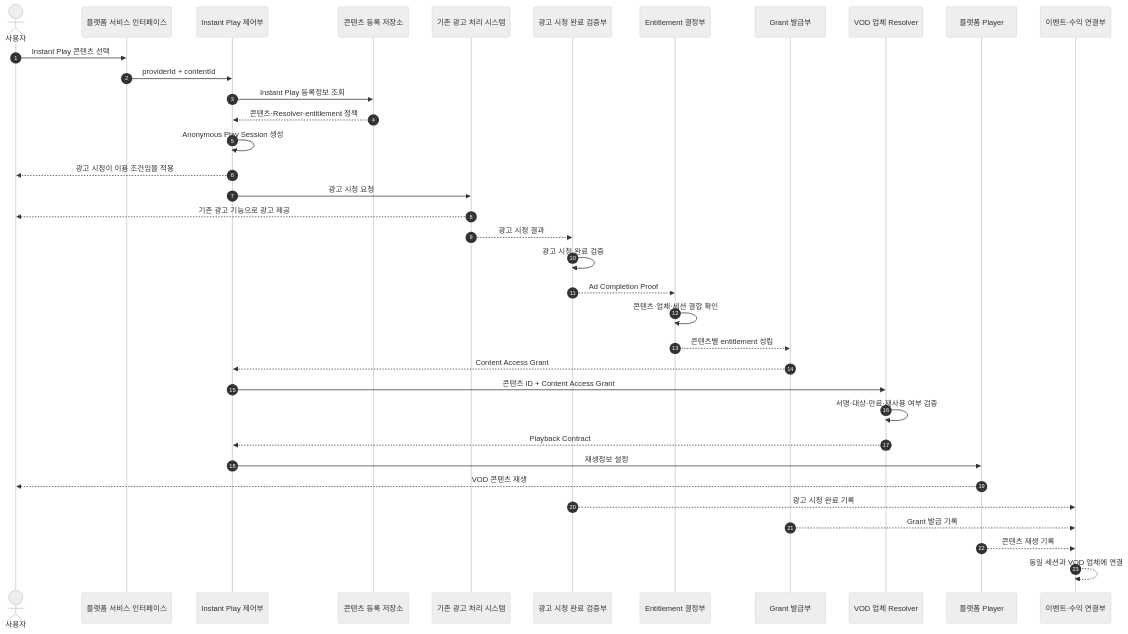
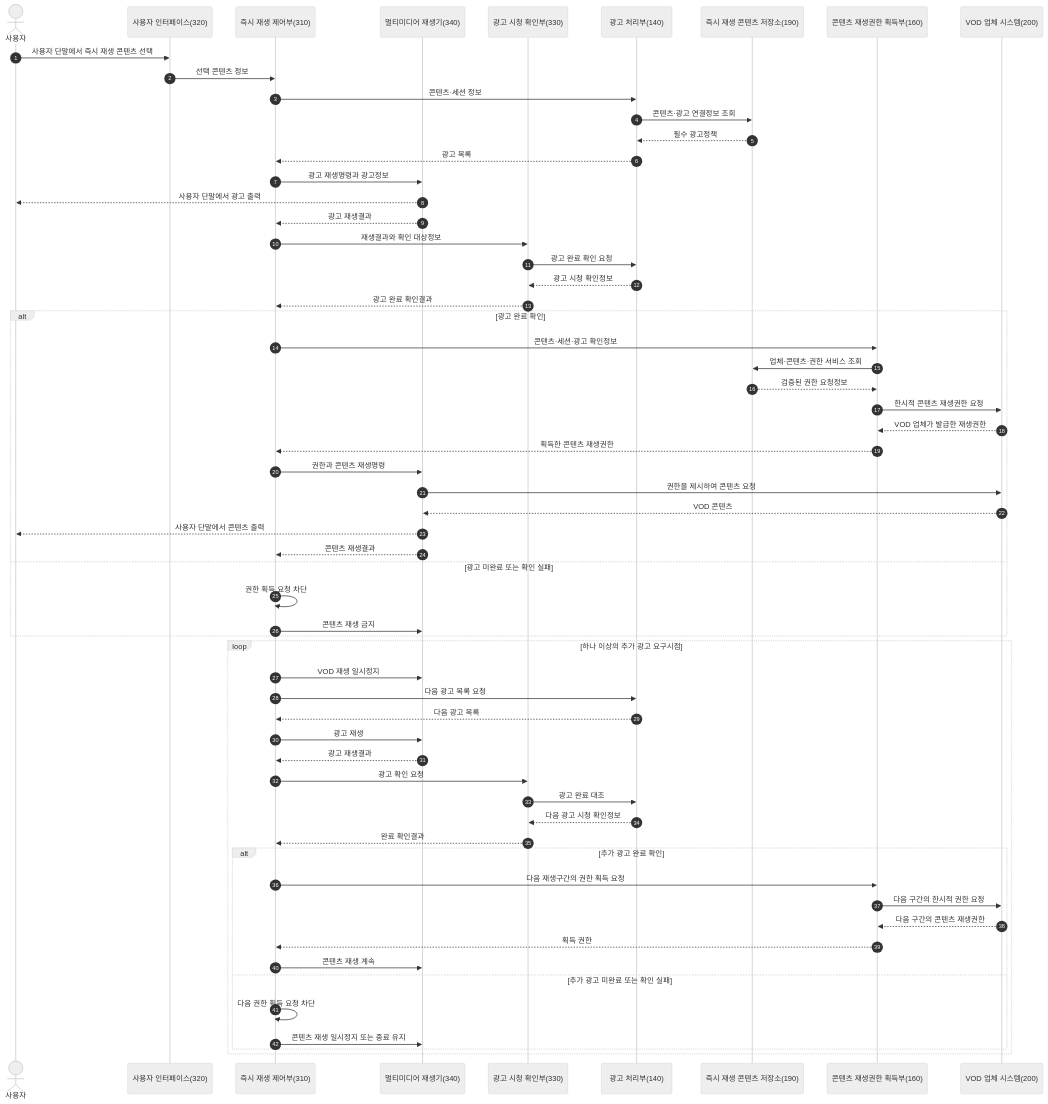
Before and after one commit to growdai1y/instant-play: the third of 4 diagrams in instant_play_platform.md, drawn with Mermaid (neutral theme). The commit also changed other lines of this file and 2 other files, not shown here.

Commit message:
Update InstantPlay patent documentation

```diff
--- a/instant_play_platform.md
+++ b/instant_play_platform.md
@@ -414,43 +797,66 @@
 ~~~mermaid
 sequenceDiagram
     autonumber
-    actor User as 사용자
-    participant UI as 플랫폼 서비스 인터페이스
-    participant Broker as Instant Play 제어부
-    participant Registry as 콘텐츠 등록 저장소
-    participant Ad as 기존 광고 처리 시스템
-    participant Verify as 광고 시청 완료 검증부
-    participant Entitlement as Entitlement 결정부
-    participant Grant as Grant 발급부
-    participant Resolver as VOD 업체 Resolver
-    participant Player as 플랫폼 Player
-    participant Ledger as 이벤트·수익 연결부
+    actor USER as 사용자
+    participant UI as 사용자 인터페이스(320)
+    participant CTRL as 즉시 재생 제어부(310)
+    participant PLAYER as 멀티미디어 재생기(340)
+    participant ADCHECK as 광고 시청 확인부(330)
+    participant ADPROC as 광고 처리부(140)
+    participant STORE as 즉시 재생 콘텐츠 저장소(190)
+    participant GRANT as 콘텐츠 재생권한 획득부(160)
+    participant VOD as VOD 업체 시스템(200)
 
-    User->>UI: Instant Play 콘텐츠 선택
-    UI->>Broker: providerId + contentId
-    Broker->>Registry: Instant Play 등록정보 조회
-    Registry-->>Broker: 콘텐츠·Resolver·entitlement 정책
-    Broker->>Broker: Anonymous Play Session 생성
+    USER->>UI: 사용자 단말에서 즉시 재생 콘텐츠 선택
+    UI->>CTRL: 선택 콘텐츠 정보
+    CTRL->>ADPROC: 콘텐츠·세션 정보
+    ADPROC->>STORE: 콘텐츠·광고 연결정보 조회
+    STORE-->>ADPROC: 필수 광고정책
+    ADPROC-->>CTRL: 광고 목록
+    CTRL->>PLAYER: 광고 재생명령과 광고정보
+    PLAYER-->>USER: 사용자 단말에서 광고 출력
+    PLAYER-->>CTRL: 광고 재생결과
+    CTRL->>ADCHECK: 재생결과와 확인 대상정보
+    ADCHECK->>ADPROC: 광고 완료 확인 요청
+    ADPROC-->>ADCHECK: 광고 시청 확인정보
+    ADCHECK-->>CTRL: 광고 완료 확인결과
 
-    Broker-->>User: 광고 시청이 이용 조건임을 적용
-    Broker->>Ad: 광고 시청 요청
-    Ad-->>User: 기존 광고 기능으로 광고 제공
-    Ad-->>Verify: 광고 시청 결과
-    Verify->>Verify: 광고 시청 완료 검증
-    Verify-->>Entitlement: Ad Completion Proof
+    alt 광고 완료 확인
+        CTRL->>GRANT: 콘텐츠·세션·광고 확인정보
+        GRANT->>STORE: 업체·콘텐츠·권한 서비스 조회
+        STORE-->>GRANT: 검증된 권한 요청정보
+        GRANT->>VOD: 한시적 콘텐츠 재생권한 요청
+        VOD-->>GRANT: VOD 업체가 발급한 재생권한
+        GRANT-->>CTRL: 획득한 콘텐츠 재생권한
+        CTRL->>PLAYER: 권한과 콘텐츠 재생명령
+        PLAYER->>VOD: 권한을 제시하여 콘텐츠 요청
+        VOD-->>PLAYER: VOD 콘텐츠
+        PLAYER-->>USER: 사용자 단말에서 콘텐츠 출력
+        PLAYER-->>CTRL: 콘텐츠 재생결과
+    else 광고 미완료 또는 확인 실패
+        CTRL->>CTRL: 권한 획득 요청 차단
+        CTRL->>PLAYER: 콘텐츠 재생 금지
+    end
 
-    Entitlement->>Entitlement: 콘텐츠·업체·세션 결합 확인
-    Entitlement-->>Grant: 콘텐츠별 entitlement 성립
-    Grant-->>Broker: Content Access Grant
-
-    Broker->>Resolver: 콘텐츠 ID + Content Access Grant
-    Resolver->>Resolver: 서명·대상·만료·재사용 여부 검증
-    Resolver-->>Broker: Playback Contract
-    Broker->>Player: 재생정보 설정
-    Player-->>User: VOD 콘텐츠 재생
-
-    Verify-->>Ledger: 광고 시청 완료 기록
-    Grant-->>Ledger: Grant 발급 기록
-    Player-->>Ledger: 콘텐츠 재생 기록
-    Ledger-->>Ledger: 동일 세션과 VOD 업체에 연결
+    loop 하나 이상의 추가 광고 요구시점
+        CTRL->>PLAYER: VOD 재생 일시정지
+        CTRL->>ADPROC: 다음 광고 목록 요청
+        ADPROC-->>CTRL: 다음 광고 목록
+        CTRL->>PLAYER: 광고 재생
+        PLAYER-->>CTRL: 광고 재생결과
+        CTRL->>ADCHECK: 광고 확인 요청
+        ADCHECK->>ADPROC: 광고 완료 대조
+        ADPROC-->>ADCHECK: 다음 광고 시청 확인정보
+        ADCHECK-->>CTRL: 완료 확인결과
+        alt 추가 광고 완료 확인
+            CTRL->>GRANT: 다음 재생구간의 권한 획득 요청
+            GRANT->>VOD: 다음 구간의 한시적 권한 요청
+            VOD-->>GRANT: 다음 구간의 콘텐츠 재생권한
+            GRANT-->>CTRL: 획득 권한
+            CTRL->>PLAYER: 콘텐츠 재생 계속
+        else 추가 광고 미완료 또는 확인 실패
+            CTRL->>CTRL: 다음 권한 획득 요청 차단
+            CTRL->>PLAYER: 콘텐츠 재생 일시정지 또는 종료 유지
+        end
+    end
 ~~~
```
